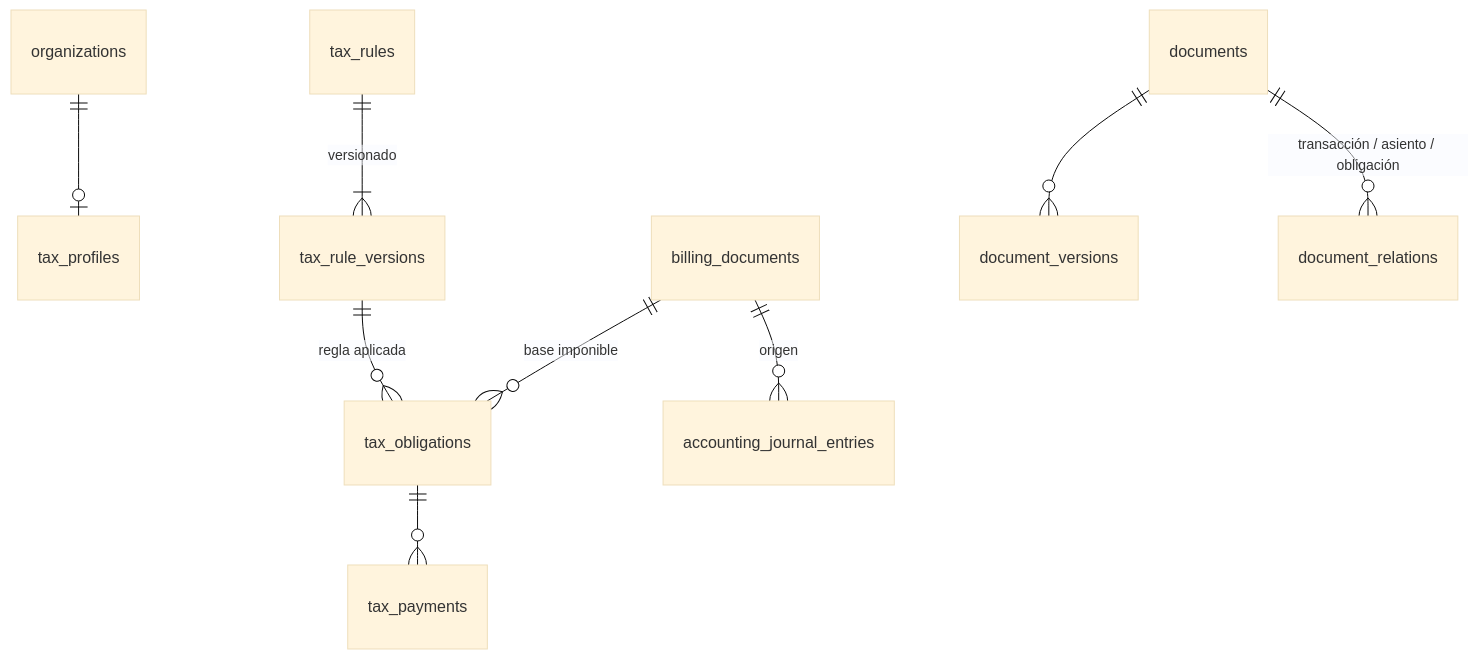
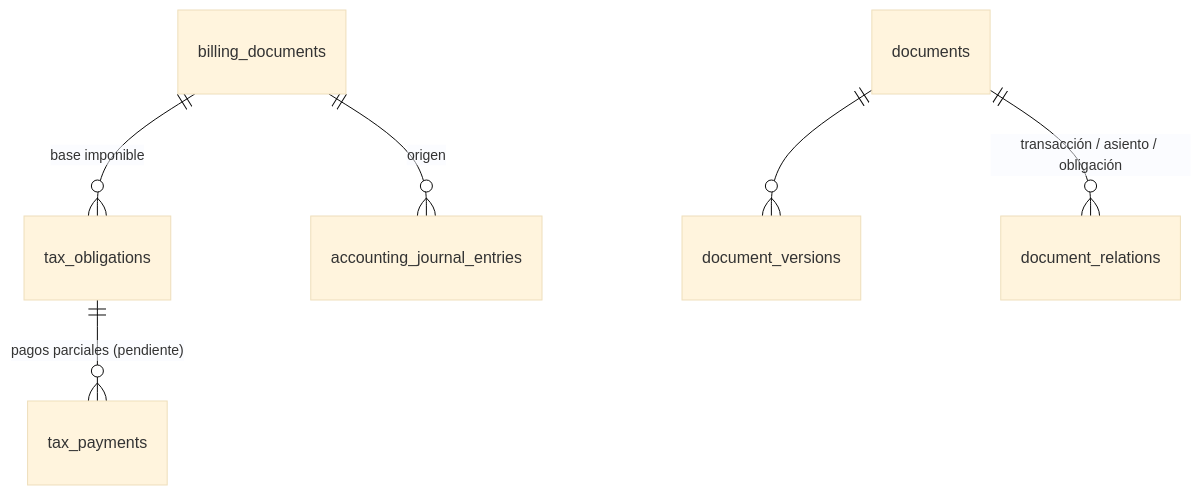
One commit to mandarinagg/Contador changed the sixth of 6 diagrams in docs/DATABASE_SCHEMA.md. Above: the diagram before and after it, drawn with Mermaid (base theme). The commit also changed other lines of this file and 51 other files, not shown here.

````diff
--- a/docs/DATABASE_SCHEMA.md
+++ b/docs/DATABASE_SCHEMA.md
@@ -631,11 +775,8 @@
 ```mermaid
 erDiagram
-    organizations ||--o| tax_profiles : ""
-    tax_rules ||--|{ tax_rule_versions : "versionado"
-    tax_rule_versions ||--o{ tax_obligations : "regla aplicada"
-    tax_obligations ||--o{ tax_payments : ""
+    tax_obligations ||--o{ tax_payments : "pagos parciales (pendiente)"
     billing_documents ||--o{ accounting_journal_entries : "origen"
     billing_documents ||--o{ tax_obligations : "base imponible"
     documents ||--o{ document_versions : ""
     documents ||--o{ document_relations : "transacción / asiento / obligación"
 ```
````
